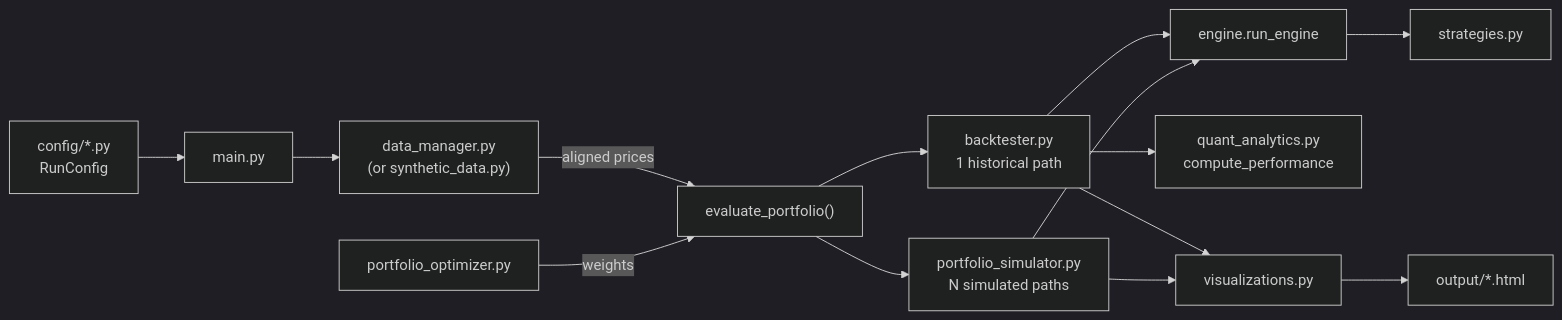
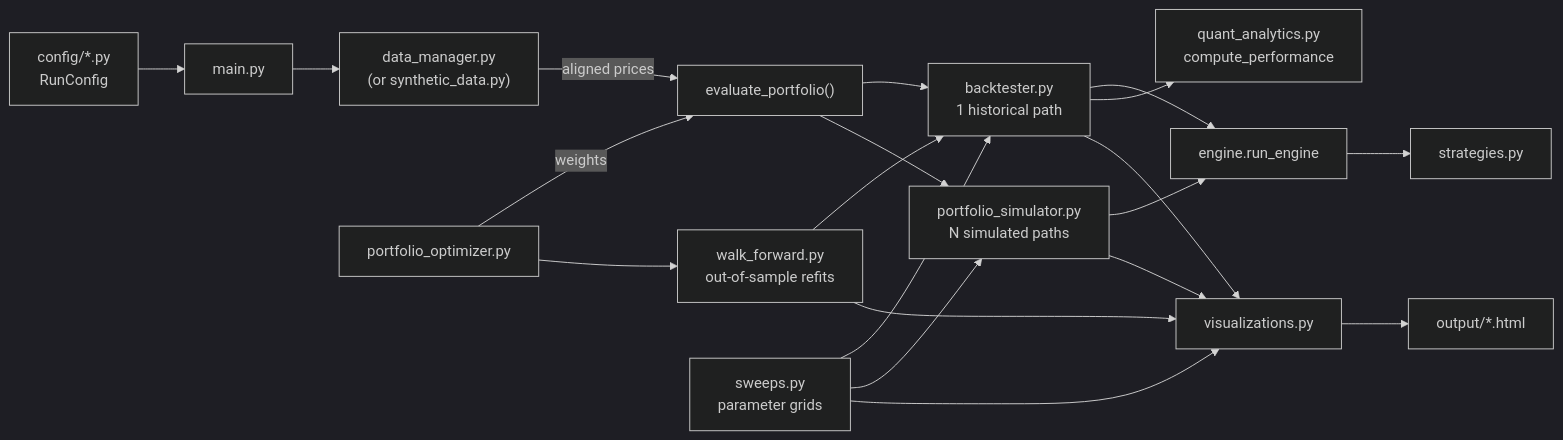
Before and after one commit to AClaybrook/monte-carlo-portfolio: the first of 2 diagrams in .claude/docs/architecture_diagram.md, drawn with Mermaid (dark theme). The commit also changed other lines of this file and 3 other files, not shown here.

First line of the commit message:
Document sweeps, walk-forward and efficient frontier

````diff
--- a/.claude/docs/architecture_diagram.md
+++ b/.claude/docs/architecture_diagram.md
@@ -5,16 +5,22 @@
 ```mermaid
 flowchart LR
     Config["config/*.py<br/>RunConfig"] --> Main["main.py"]
     Main --> DM["data_manager.py<br/>(or synthetic_data.py)"]
     DM -->|aligned prices| Eval["evaluate_portfolio()"]
     Eval --> BT["backtester.py<br/>1 historical path"]
     Eval --> MC["portfolio_simulator.py<br/>N simulated paths"]
     BT --> Engine["engine.run_engine"]
     MC --> Engine
     Engine --> Strat["strategies.py"]
     BT --> QA["quant_analytics.py<br/>compute_performance"]
     Opt["portfolio_optimizer.py"] -->|weights| Eval
+    Opt --> WF["walk_forward.py<br/>out-of-sample refits"]
+    WF --> BT
+    Sweeps["sweeps.py<br/>parameter grids"] --> BT
+    Sweeps --> MC
+    WF --> Viz
+    Sweeps --> Viz
     BT --> Viz["visualizations.py"]
     MC --> Viz
     Viz --> HTML["output/*.html"]
 ```
````
